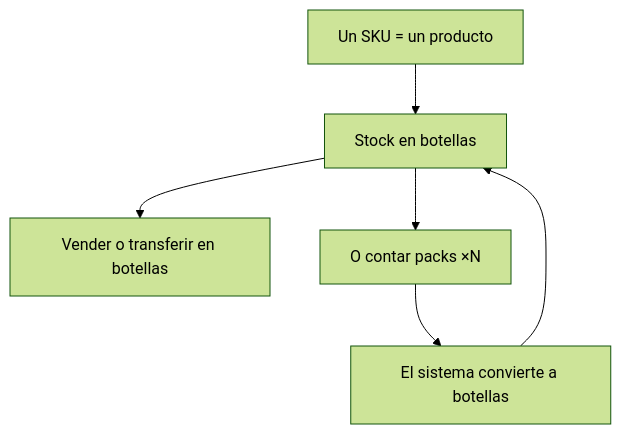
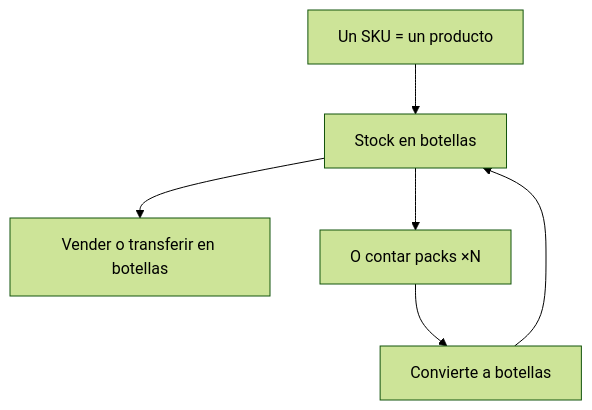
The first of 5 diagrams in docs/01_manual_usuario_cliente_web.md (viziasac/web_bodegasantamaria), drawn with Mermaid (forest theme) before and after one commit. The commit also changed other lines of this file and 8 other files, not shown here.

````diff
--- a/docs/01_manual_usuario_cliente_web.md
+++ b/docs/01_manual_usuario_cliente_web.md
@@ -43,8 +42,8 @@
 ```mermaid
 flowchart TD
   A[Un SKU = un producto] --> B[Stock en botellas]
   B --> C[Vender o transferir en botellas]
   B --> D[O contar packs ×N]
-  D --> E[El sistema convierte a botellas]
+  D --> E[Convierte a botellas]
   E --> B
 ```
````
